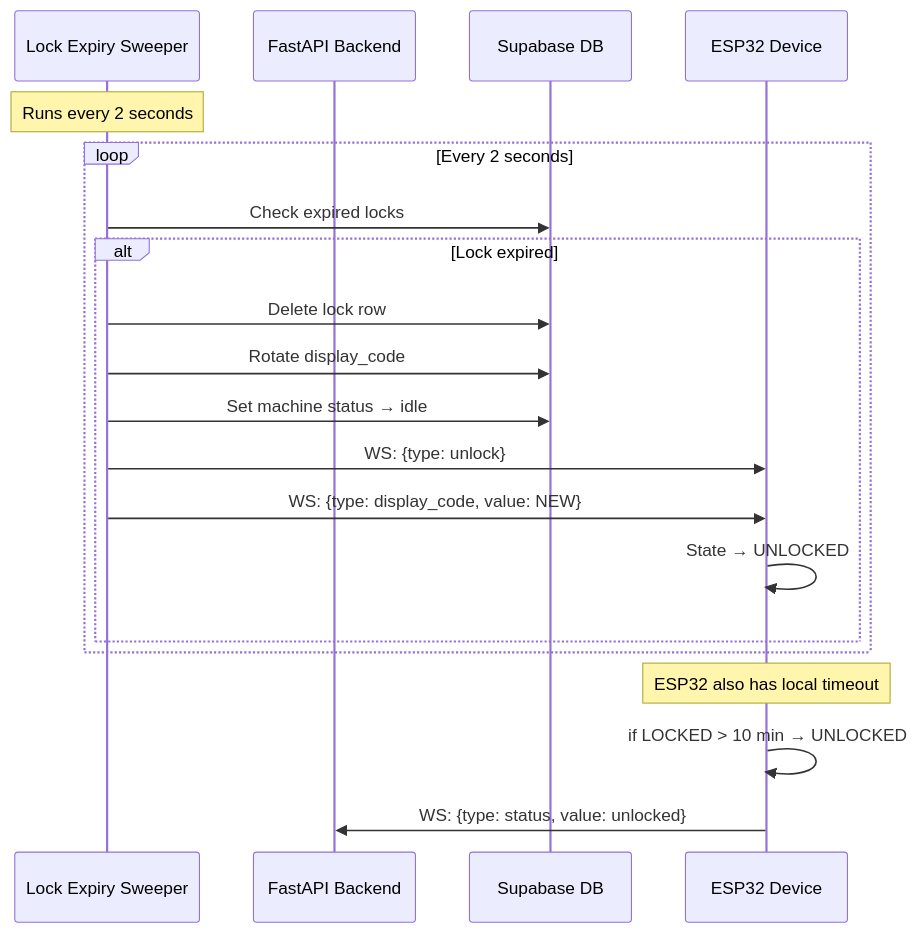
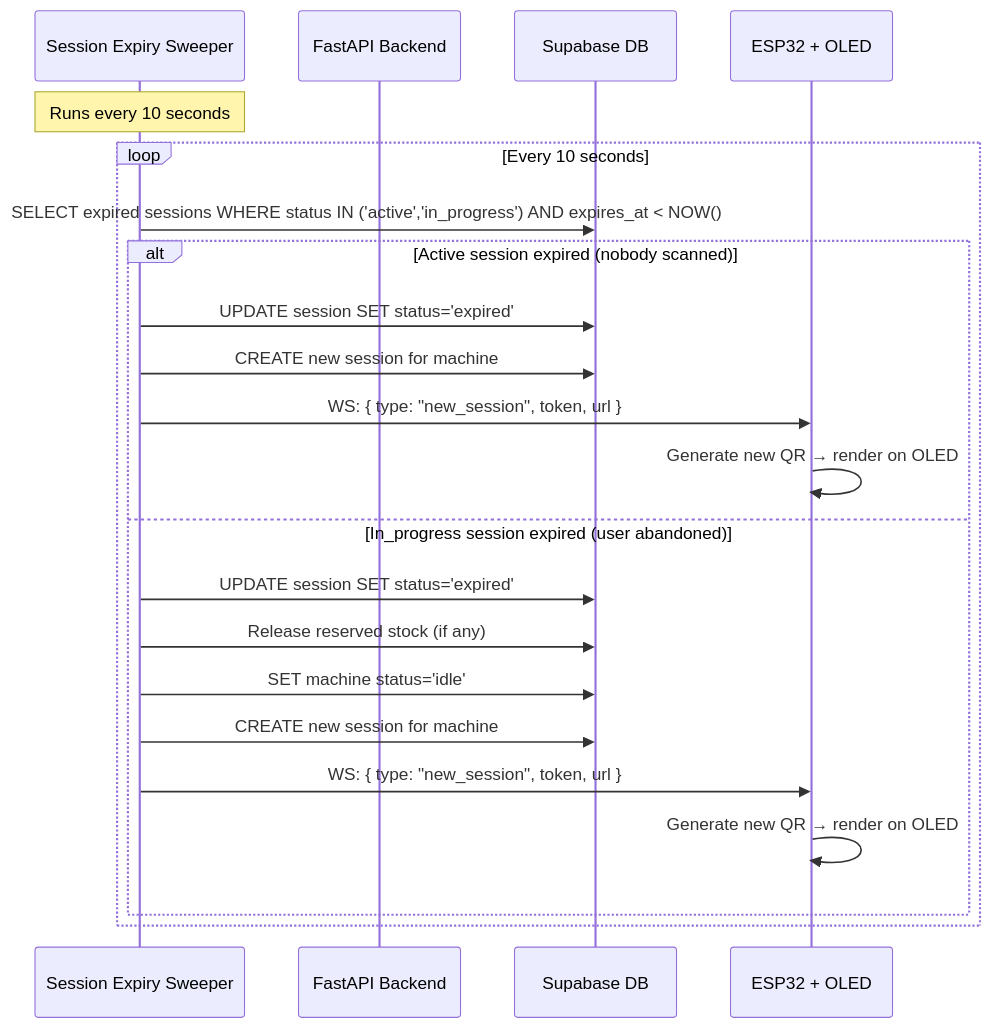
Before and after one commit to gouthamlingoju/SmartVend: the fourth of 11 diagrams in UML_Diagrams.md, drawn with Mermaid. The commit also changed other lines of this file and 10 other files, not shown here.

````diff
--- a/UML_Diagrams.md
+++ b/UML_Diagrams.md
@@ -243,24 +276,25 @@
 ```mermaid
 sequenceDiagram
-    participant Sweeper as Lock Expiry Sweeper
+    participant Sweeper as Session Expiry Sweeper
     participant API as FastAPI Backend
     participant DB as Supabase DB
-    participant ESP as ESP32 Device
+    participant ESP as ESP32 + OLED
 
-    Note over Sweeper: Runs every 2 seconds
-    loop Every 2 seconds
-        Sweeper->>DB: Check expired locks
-        alt Lock expired
-            Sweeper->>DB: Delete lock row
-            Sweeper->>DB: Rotate display_code
-            Sweeper->>DB: Set machine status → idle
-            Sweeper->>ESP: WS: {type: unlock}
-            Sweeper->>ESP: WS: {type: display_code, value: NEW}
-            ESP->>ESP: State → UNLOCKED
+    Note over Sweeper: Runs every 10 seconds
+    loop Every 10 seconds
+        Sweeper->>DB: SELECT expired sessions WHERE status IN ('active','in_progress') AND expires_at < NOW()
+        alt Active session expired (nobody scanned)
+            Sweeper->>DB: UPDATE session SET status='expired'
+            Sweeper->>DB: CREATE new session for machine
+            Sweeper->>ESP: WS: { type: "new_session", token, url }
+            ESP->>ESP: Generate new QR → render on OLED
+        else In_progress session expired (user abandoned)
+            Sweeper->>DB: UPDATE session SET status='expired'
+            Sweeper->>DB: Release reserved stock (if any)
+            Sweeper->>DB: SET machine status='idle'
+            Sweeper->>DB: CREATE new session for machine
+            Sweeper->>ESP: WS: { type: "new_session", token, url }
+            ESP->>ESP: Generate new QR → render on OLED
         end
     end
-
-    Note over ESP: ESP32 also has local timeout
-    ESP->>ESP: if LOCKED > 10 min → UNLOCKED
-    ESP->>API: WS: {type: status, value: unlocked}
 ```
````
